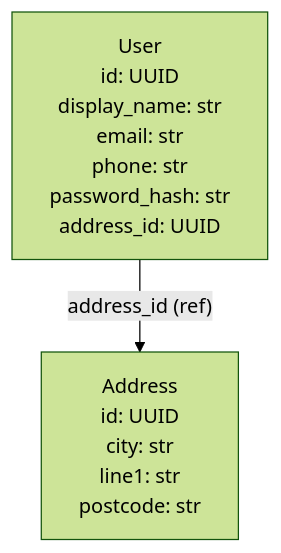
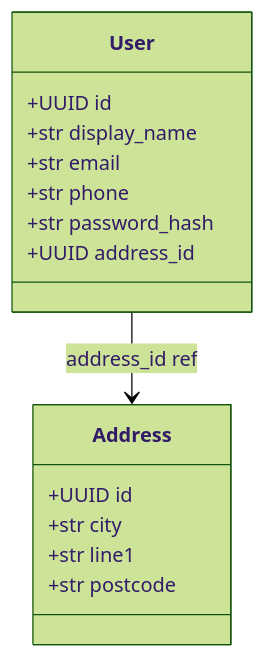
Before and after one commit to release-art/pydantic-prism: the sixth of 6 diagrams in examples/pii_dataflow/README.md, drawn with Mermaid (forest theme). The commit also changed other lines of this file and 7 other files, not shown here.

````diff
--- a/examples/pii_dataflow/README.md
+++ b/examples/pii_dataflow/README.md
@@ -169,7 +250,19 @@
 ```mermaid
-graph TD
-    Address["Address<br/>id: UUID<br/>city: str<br/>line1: str<br/>postcode: str"]
-    User["User<br/>id: UUID<br/>display_name: str<br/>email: str<br/>phone: str<br/>password_hash: str<br/>address_id: UUID"]
-    User -->|"address_id (ref)"| Address
-    classDef partial stroke-dasharray: 5 5;
+classDiagram
+    direction TB
+    class Address {
+        +UUID id
+        +str city
+        +str line1
+        +str postcode
+    }
+    class User {
+        +UUID id
+        +str display_name
+        +str email
+        +str phone
+        +str password_hash
+        +UUID address_id
+    }
+    User --> Address : address_id ref
 ```
````
